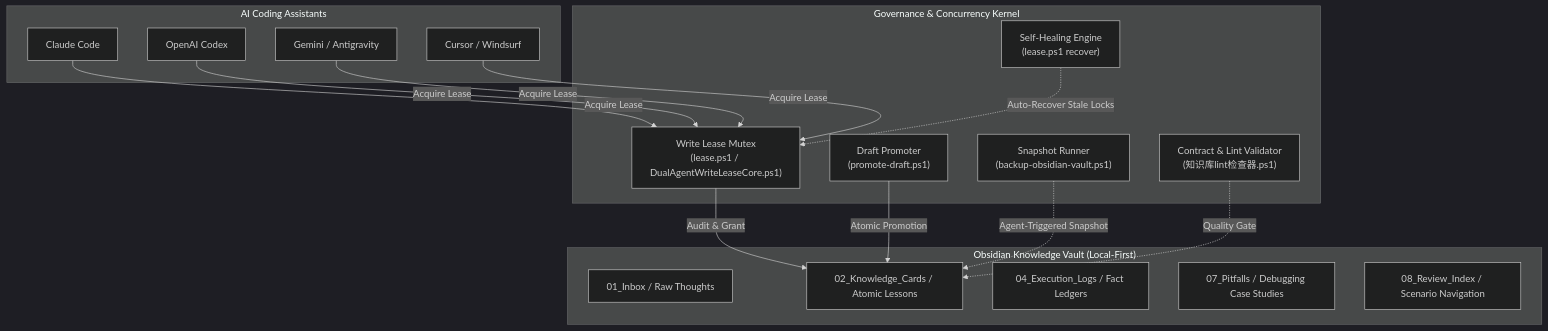
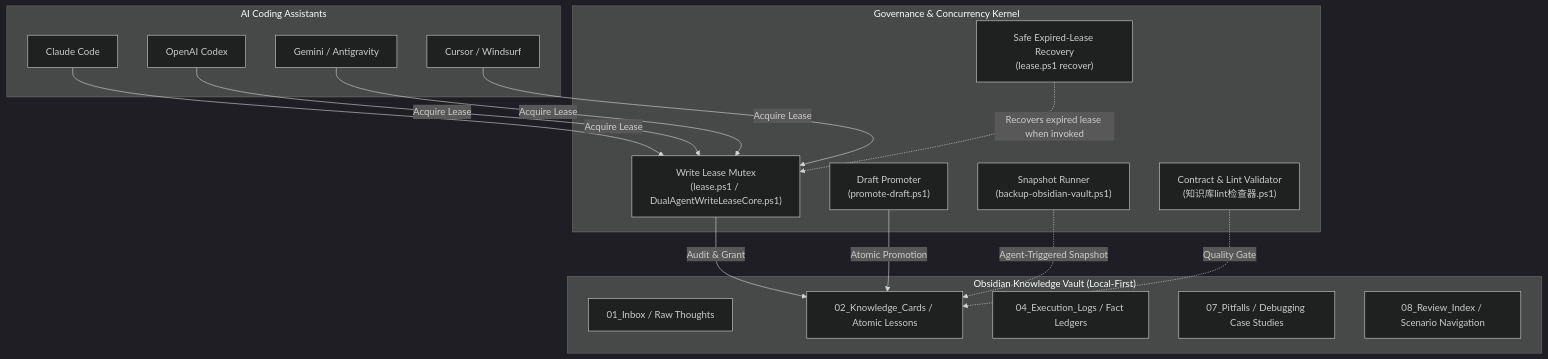
One commit to a2578348864a-sys/Agent-Memory-OS changed the diagram in README.md. Above: the diagram before and after it, drawn with Mermaid (dark theme). The commit also changed other lines of this file and 3 other files, not shown here.

````diff
--- a/README.md
+++ b/README.md
@@ -57,36 +57,36 @@
 ```mermaid
 graph TD
     subgraph Clients["AI Coding Assistants"]
         Claude["Claude Code"]
         Codex["OpenAI Codex"]
         Gemini["Gemini / Antigravity"]
         Cursor["Cursor / Windsurf"]
     end
 
     subgraph Kernel["Governance & Concurrency Kernel"]
         Lease["Write Lease Mutex<br>(lease.ps1 / DualAgentWriteLeaseCore.ps1)"]
-        Reset["Self-Healing Engine<br>(lease.ps1 recover)"]
+        Reset["Safe Expired-Lease Recovery<br>(lease.ps1 recover)"]
         Promote["Draft Promoter<br>(promote-draft.ps1)"]
         Backup["Snapshot Runner<br>(backup-obsidian-vault.ps1)"]
         Lint["Contract & Lint Validator<br>(知识库lint检查器.ps1)"]
     end
 
     subgraph Vault["Obsidian Knowledge Vault (Local-First)"]
         Inbox["01_Inbox / Raw Thoughts"]
         Cards["02_Knowledge_Cards / Atomic Lessons"]
         Exec["04_Execution_Logs / Fact Ledgers"]
         Pitfalls["07_Pitfalls / Debugging Case Studies"]
         Index["08_Review_Index / Scenario Navigation"]
     end
 
     Claude -->|Acquire Lease| Lease
     Codex -->|Acquire Lease| Lease
     Gemini -->|Acquire Lease| Lease
     Cursor -->|Acquire Lease| Lease
 
     Lease -->|Audit & Grant| Cards
-    Reset -.->|Auto-Recover Stale Locks| Lease
+    Reset -.->|Recovers expired lease when invoked| Lease
     Promote -->|Atomic Promotion| Cards
     Backup -.->|Agent-Triggered Snapshot| Cards
     Lint -.->|Quality Gate| Cards
 ```
````
